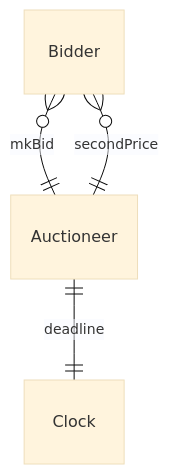
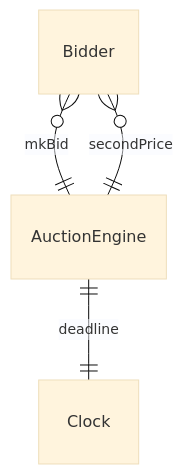
Before and after one commit to anoma/nspec: the third of 3 diagrams in docs/tutorial/engines/engine-template-example.juvix.md, drawn with Mermaid (base theme). The commit also changed other lines of this file and 5 other files, not shown here.

````diff
--- a/docs/tutorial/engines/engine-template-example.juvix.md
+++ b/docs/tutorial/engines/engine-template-example.juvix.md
@@ -101,6 +183,6 @@
 ```mermaid
 erDiagram
-  Bidder }o--|| Auctioneer: mkBid
-  Auctioneer ||--o{ Bidder: secondPrice
-  Auctioneer ||--|| Clock: deadline
+  Bidder }o--|| AuctionEngine: mkBid
+  AuctionEngine ||--o{ Bidder: secondPrice
+  AuctionEngine ||--|| Clock: deadline
 ```
````
